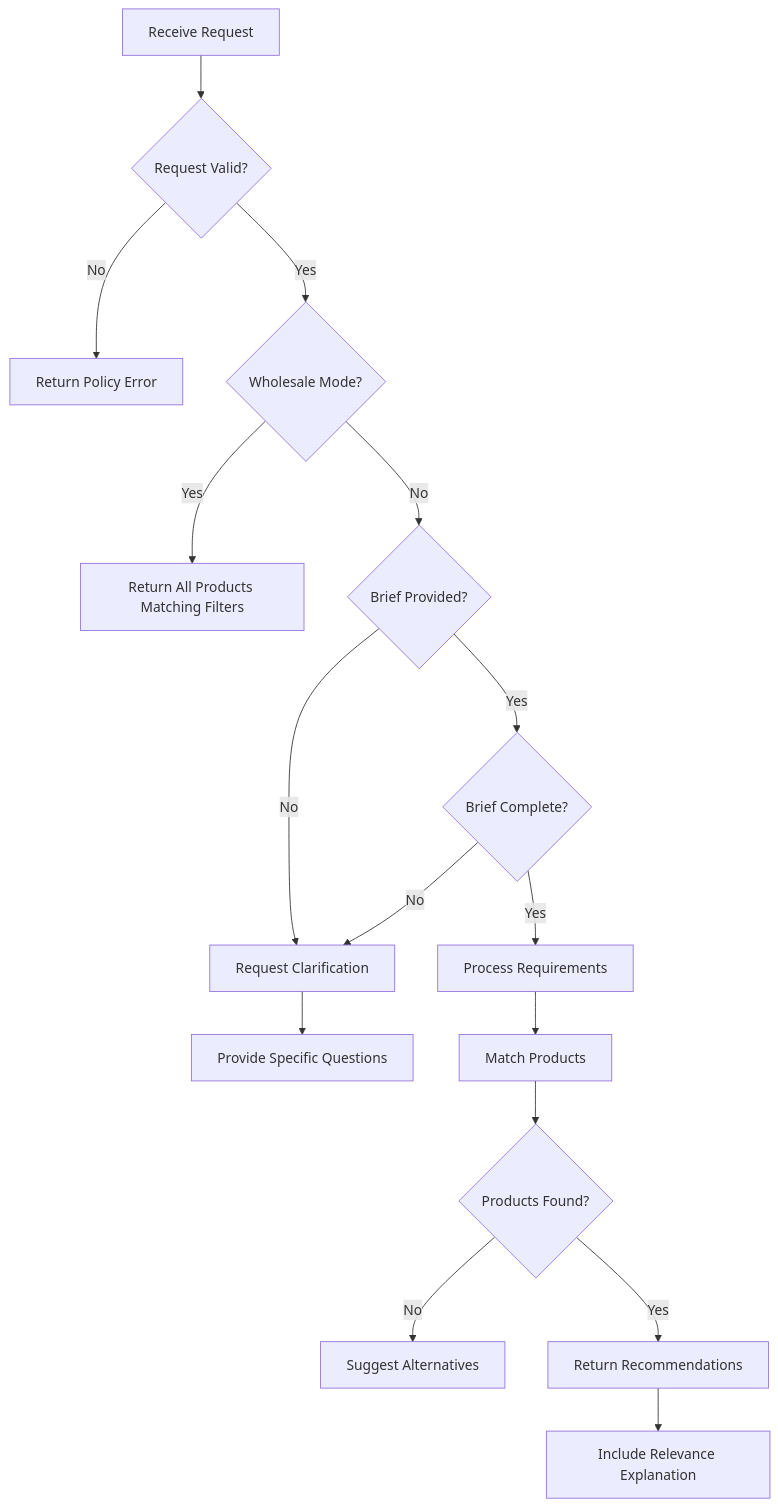
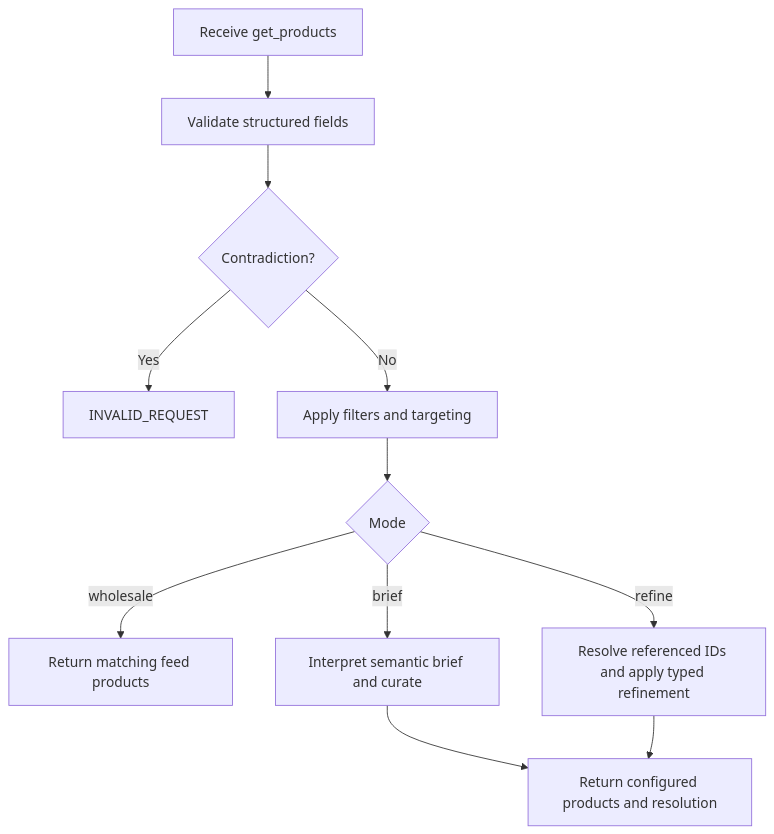
One commit to adcontextprotocol/adcp changed the diagram in docs/media-buy/product-discovery/brief-expectations.mdx. Above: the diagram before and after it, drawn with Mermaid. The commit also changed other lines of this file and 53 other files, not shown here.

````diff
--- a/docs/media-buy/product-discovery/brief-expectations.mdx
+++ b/docs/media-buy/product-discovery/brief-expectations.mdx
@@ -292,18 +130,13 @@
 ```mermaid
 graph TD
-    A[Receive Request] --> B{Request Valid?}
-    B -->|No| C[Return Policy Error]
-    B -->|Yes| W{Wholesale Mode?}
-    W -->|Yes| M[Return All Products Matching Filters]
-    W -->|No| D{Brief Provided?}
-    D -->|No| F[Request Clarification]
-    D -->|Yes| E{Brief Complete?}
-    E -->|No| F
-    E -->|Yes| G[Process Requirements]
-    F --> H[Provide Specific Questions]
-    G --> I[Match Products]
-    I --> J{Products Found?}
-    J -->|No| K[Suggest Alternatives]
-    J -->|Yes| L[Return Recommendations]
-    L --> N[Include Relevance Explanation]
+    A[Receive get_products] --> B[Validate structured fields]
+    B --> C{Contradiction?}
+    C -->|Yes| D[INVALID_REQUEST]
+    C -->|No| E[Apply filters and targeting]
+    E --> F{Mode}
+    F -->|wholesale| G[Return matching feed products]
+    F -->|brief| H[Interpret semantic brief and curate]
+    F -->|refine| I[Resolve referenced IDs and apply typed refinement]
+    H --> J[Return configured products and resolution]
+    I --> J
 ```
````
